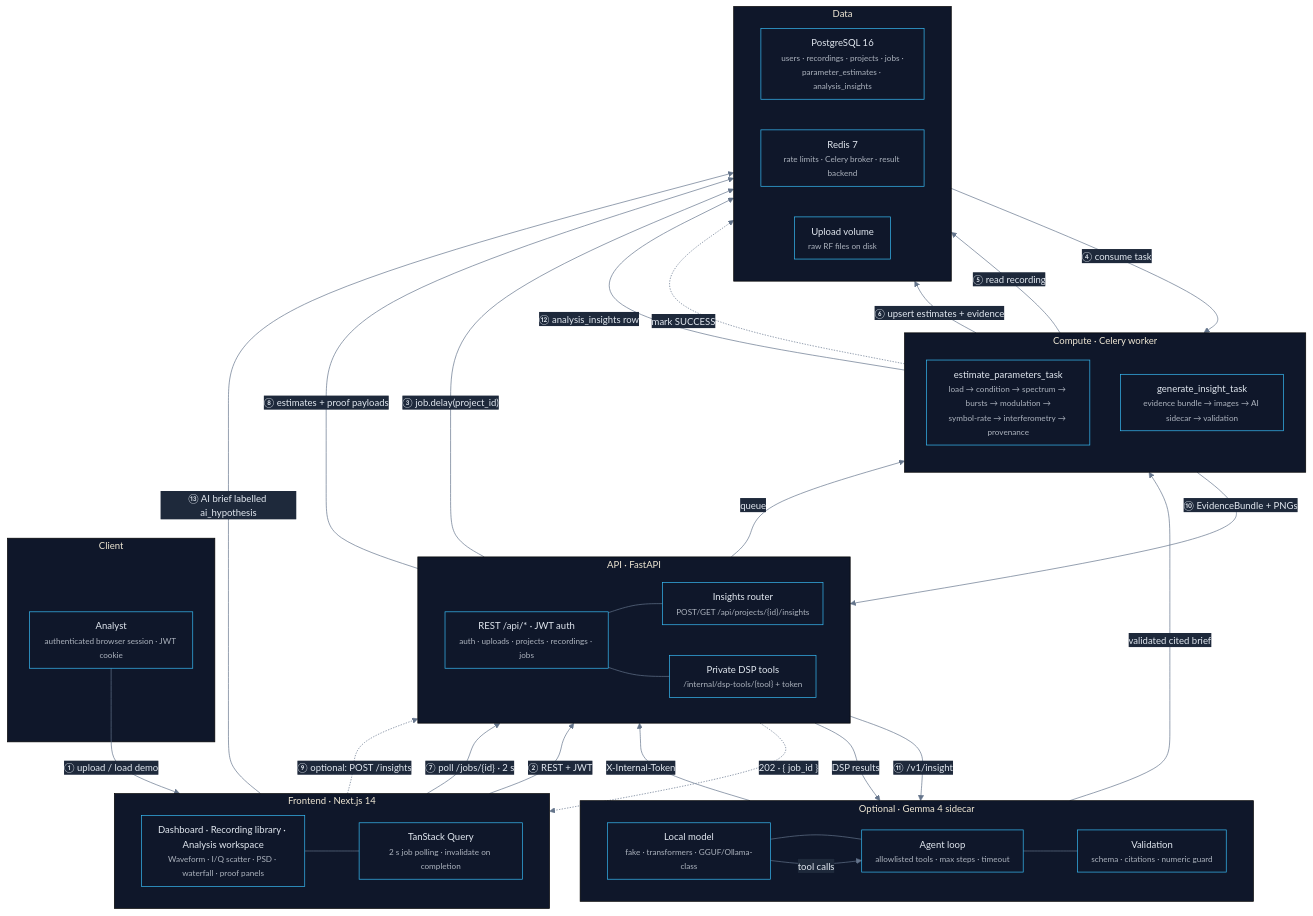
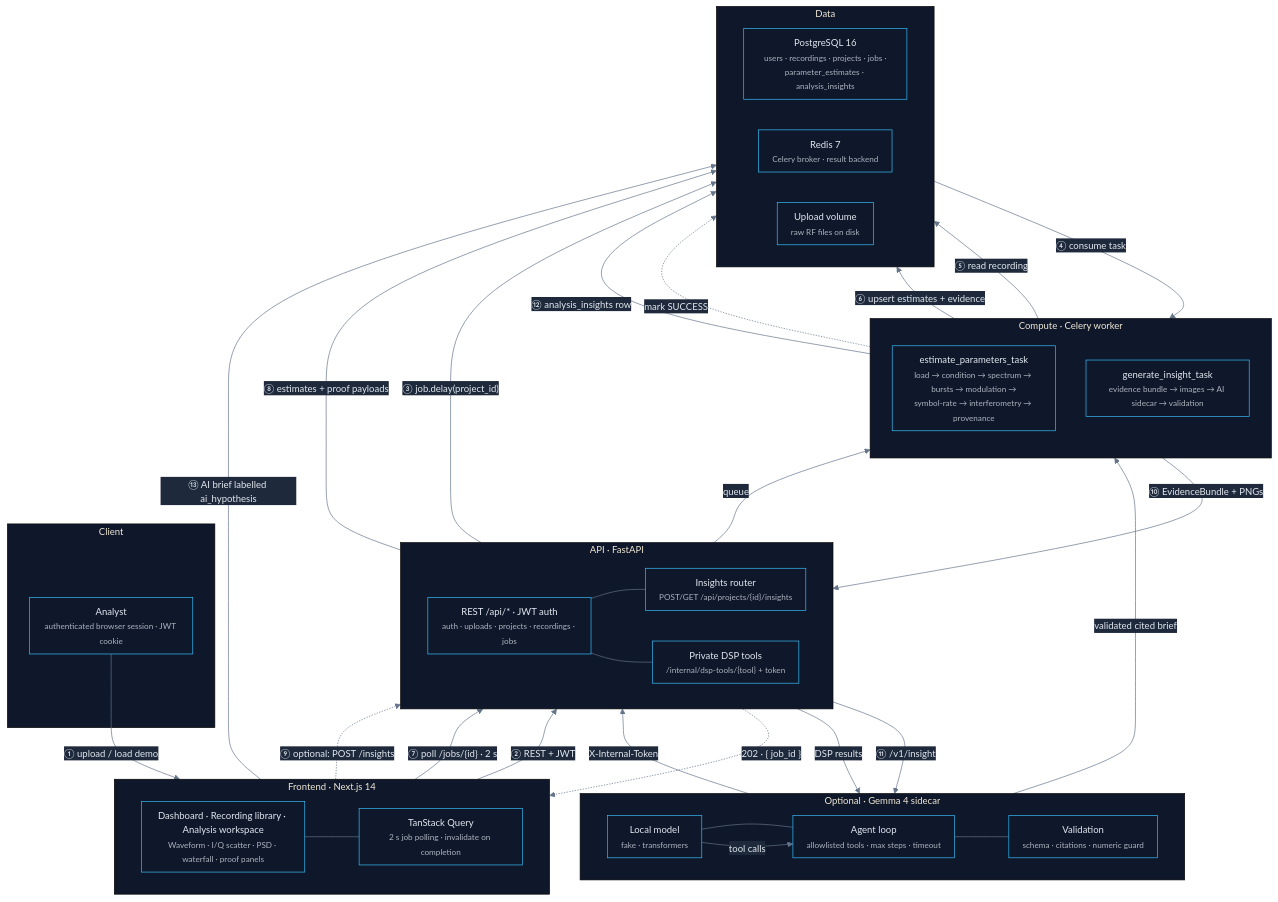
One commit to Manas-Dikshit/SignalScope changed the first of 2 diagrams in ARCHITECTURE.md. Above: the diagram before and after it, drawn with Mermaid. The commit also changed other lines of this file and 6 other files, not shown here.

Commit message:
docs: update documentation, architecture specs, and environment configuration examples

````diff
--- a/ARCHITECTURE.md
+++ b/ARCHITECTURE.md
@@ -38,79 +38,79 @@
 ```mermaid
 %%{init: {
   'theme': 'base',
   'themeVariables': {
     'background': '#ffffff',
     'primaryColor': '#0f172a',
     'primaryTextColor': '#e2e8f0',
     'primaryBorderColor': '#38bdf8',
     'lineColor': '#64748b',
     'secondaryColor': '#1e293b',
     'tertiaryColor': '#0f172a',
     'fontFamily': 'Inter, ui-sans-serif, system-ui, sans-serif',
     'fontSize': '14px'
   },
   'flowchart': { 'curve': 'basis', 'nodeSpacing': 45, 'rankSpacing': 55, 'padding': 10 }
 }}%%
 flowchart TB
     subgraph CLIENT["Client"]
         U["Analyst<br/><span style='opacity:.75;font-size:12px'>authenticated browser session · JWT cookie</span>"]
     end
 
     subgraph FRONTEND["Frontend · Next.js 14"]
         direction LR
         N["Dashboard · Recording library · Analysis workspace<br/><span style='opacity:.75;font-size:12px'>Waveform · I/Q scatter · PSD · waterfall · proof panels</span>"]
         Q["TanStack Query<br/><span style='opacity:.75;font-size:12px'>2 s job polling · invalidate on completion</span>"]
         N --- Q
     end
 
     subgraph API["API · FastAPI"]
         direction LR
         A["REST /api/* · JWT auth<br/><span style='opacity:.75;font-size:12px'>auth · uploads · projects · recordings · jobs</span>"]
         I["Insights router<br/><span style='opacity:.75;font-size:12px'>POST/GET /api/projects/{id}/insights</span>"]
         T["Private DSP tools<br/><span style='opacity:.75;font-size:12px'>/internal/dsp-tools/{tool} + token</span>"]
         A --- I
         A --- T
     end
 
     subgraph WORKER["Compute · Celery worker"]
         direction TB
         C["estimate_parameters_task<br/><span style='opacity:.75;font-size:12px'>load → condition → spectrum → bursts → modulation →<br/>symbol-rate → interferometry → provenance</span>"]
         G["generate_insight_task<br/><span style='opacity:.75;font-size:12px'>evidence bundle → images → AI sidecar → validation</span>"]
     end
 
     subgraph AI["Optional · Gemma 4 sidecar"]
         direction LR
-        M["Local model<br/><span style='opacity:.75;font-size:12px'>fake · transformers · GGUF/Ollama-class</span>"]
+        M["Local model<br/><span style='opacity:.75;font-size:12px'>fake · transformers</span>"]
         L["Agent loop<br/><span style='opacity:.75;font-size:12px'>allowlisted tools · max steps · timeout</span>"]
         V["Validation<br/><span style='opacity:.75;font-size:12px'>schema · citations · numeric guard</span>"]
         M --- L --- V
     end
 
     subgraph DATA["Data"]
         direction LR
         P["PostgreSQL 16<br/><span style='opacity:.75;font-size:12px'>users · recordings · projects · jobs ·<br/>parameter_estimates · analysis_insights</span>"]
-        R["Redis 7<br/><span style='opacity:.75;font-size:12px'>rate limits · Celery broker · result backend</span>"]
+        R["Redis 7<br/><span style='opacity:.75;font-size:12px'>Celery broker · result backend</span>"]
         D["Upload volume<br/><span style='opacity:.75;font-size:12px'>raw RF files on disk</span>"]
     end
 
     U -->|"① upload / load demo"| N
     N -->|"② REST + JWT"| A
     A -->|"③ job.delay(project_id)"| R
     A -.->|"202 · { job_id }"| N
     R -->|"④ consume task"| C
     C -->|"⑤ read recording"| D
     C -->|"⑥ upsert estimates + evidence"| P
     C -.->|"mark SUCCESS"| R
     N -->|"⑦ poll /jobs/{id} · 2 s"| A
     A -->|"⑧ estimates + proof payloads"| P
     N -.->|"⑨ optional: POST /insights"| I
     I -->|"queue"| G
     G -->|"⑩ EvidenceBundle + PNGs"| A
     A -->|"⑪ /v1/insight"| M
     M -->|"tool calls"| L
     L -->|"X-Internal-Token"| T
     T -->|"DSP results"| L
     V -->|"validated cited brief"| G
     G -->|"⑫ analysis_insights row"| P
     N -->|"⑬ AI brief labelled ai_hypothesis"| P
 ```
````
